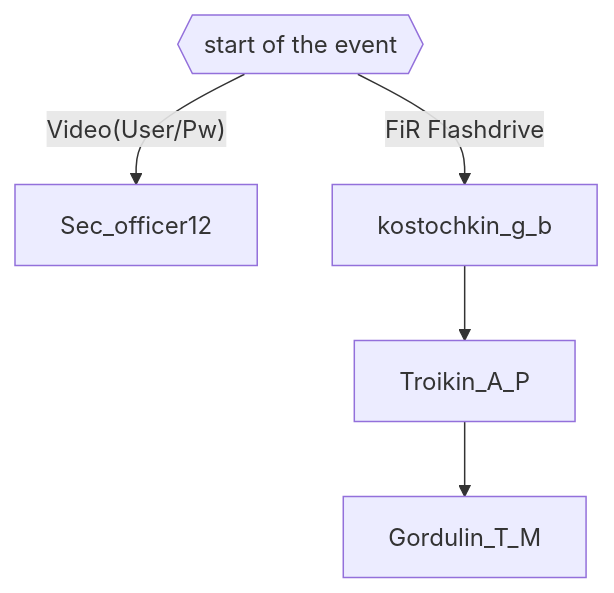
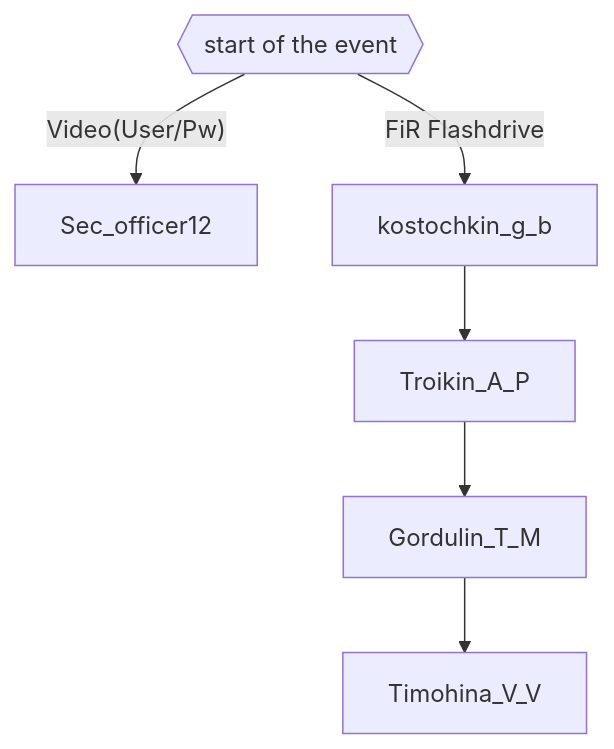
The diagram in README.md (3ncy/ARRS-s6), drawn with Mermaid before and after one commit. The commit also changed other lines of this file, not shown here.

Commit message:
Update README.md add Timohina_V_V

````diff
--- a/README.md
+++ b/README.md
@@ -11,7 +12,8 @@
 ```mermaid
 graph TD;
     start{{start of the event}} --Video(User/Pw)--> Sec_officer12;
     start{{start of the event}} --FiR Flashdrive--> kostochkin_g_b;
     kostochkin_g_b --> Troikin_A_P;
     Troikin_A_P --> Gordulin_T_M;
+    Gordulin_T_M --> Timohina_V_V
 ```
````
